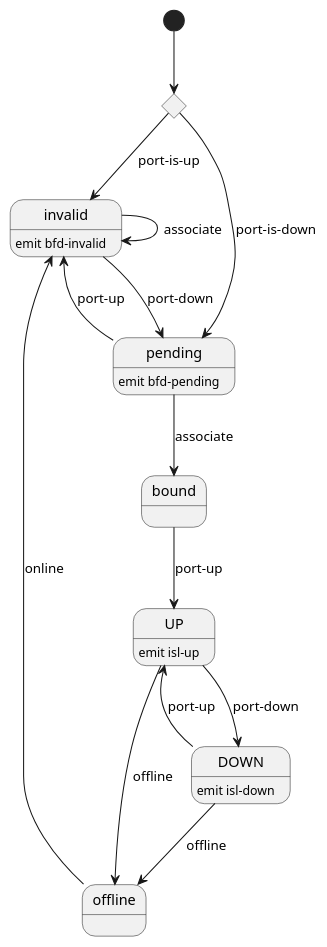
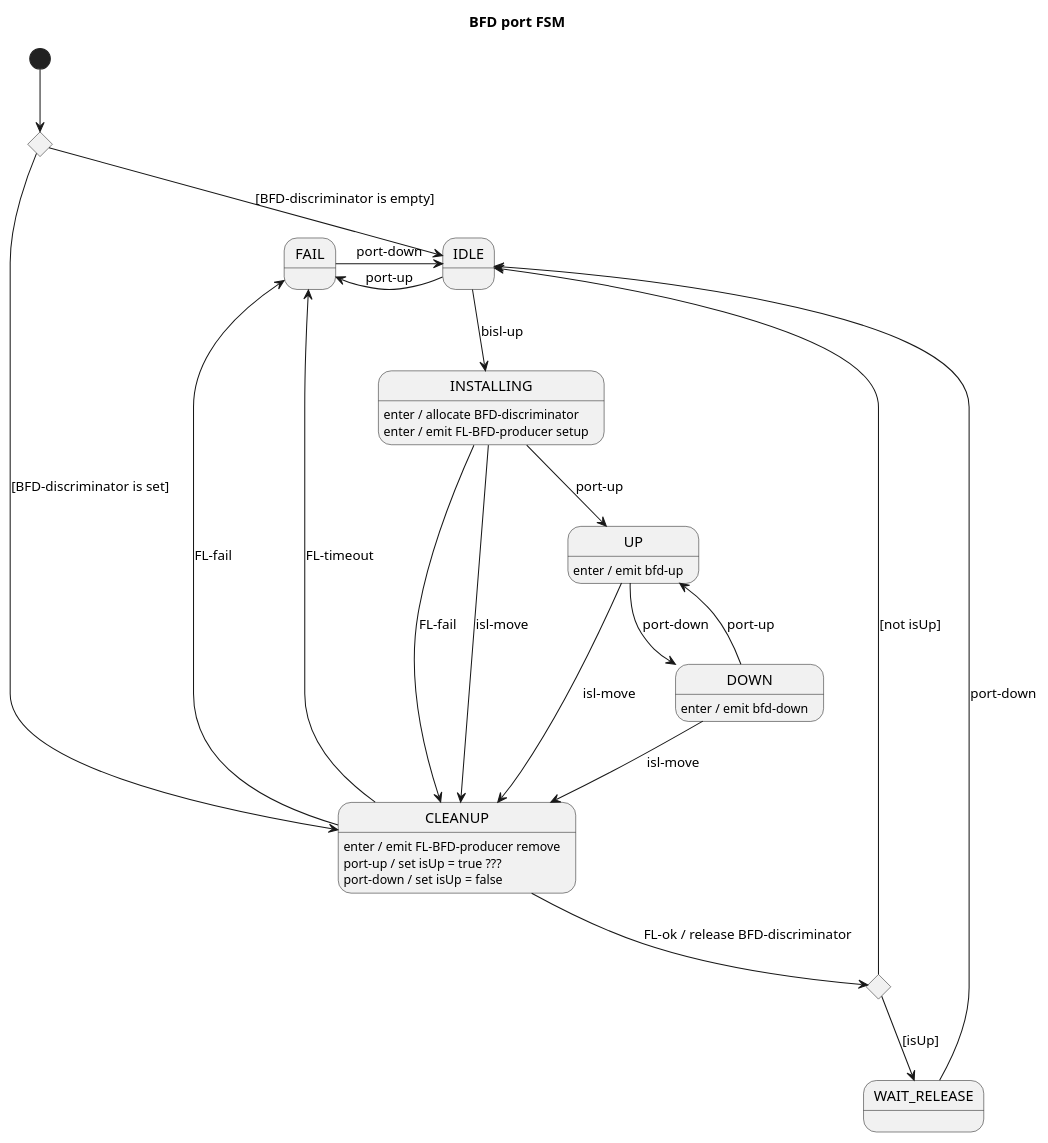
One commit to mikalstill/open-kilda changed the diagram in docs/design/network-discovery/bfd-port-FSM.puml. Above: the diagram before and after it, drawn with PlantUML. The commit also changed other lines of this file and 82 other files, not shown here.

```diff
--- a/docs/design/network-discovery/bfd-port-FSM.puml
+++ b/docs/design/network-discovery/bfd-port-FSM.puml
@@ -1,28 +18,44 @@
 @startuml
-state init <<choice>>
-[*] --> init
+title BFD port FSM
 
-init --> invalid : port-is-up
-init --> pending : port-is-down
+state initChoice <<choice>>
+[*] --> initChoice
 
-invalid : emit bfd-invalid
-invalid --> pending : port-down
-invalid --> invalid : associate
+initChoice --> IDLE : [BFD-discriminator is empty]
+initChoice --> CLEANUP : [BFD-discriminator is set]
 
-pending : emit bfd-pending
-pending --> invalid : port-up
-pending --> bound : associate
+IDLE --> INSTALLING : bisl-up
+IDLE -l-> FAIL : port-up
 
-bound --> UP : port-up
+INSTALLING --> UP : port-up
+INSTALLING --> CLEANUP : FL-fail
+INSTALLING --> CLEANUP : isl-move
+INSTALLING : enter / allocate BFD-discriminator
+INSTALLING : enter / emit FL-BFD-producer setup
 
-UP : emit isl-up
+state cleanupChoice <<choice>>
+
+CLEANUP --> cleanupChoice : FL-ok / release BFD-discriminator
+CLEANUP --> FAIL : FL-fail
+CLEANUP --> FAIL : FL-timeout
+CLEANUP : enter / emit FL-BFD-producer remove
+CLEANUP : port-up / set isUp = true ???
+CLEANUP : port-down / set isUp = false
+
+cleanupChoice --> IDLE : [not isUp]
+cleanupChoice --> WAIT_RELEASE : [isUp]
+
+WAIT_RELEASE --> IDLE : port-down
+
 UP --> DOWN : port-down
-UP --> offline : offline
+UP --> CLEANUP : isl-move
+UP : enter / emit bfd-up
 
-DOWN : emit isl-down
 DOWN --> UP : port-up
-DOWN --> offline : offline
+DOWN --> CLEANUP : isl-move
+DOWN : enter / emit bfd-down
 
-offline --> invalid : online
+FAIL -r-> IDLE : port-down
+
 
 @enduml
```
